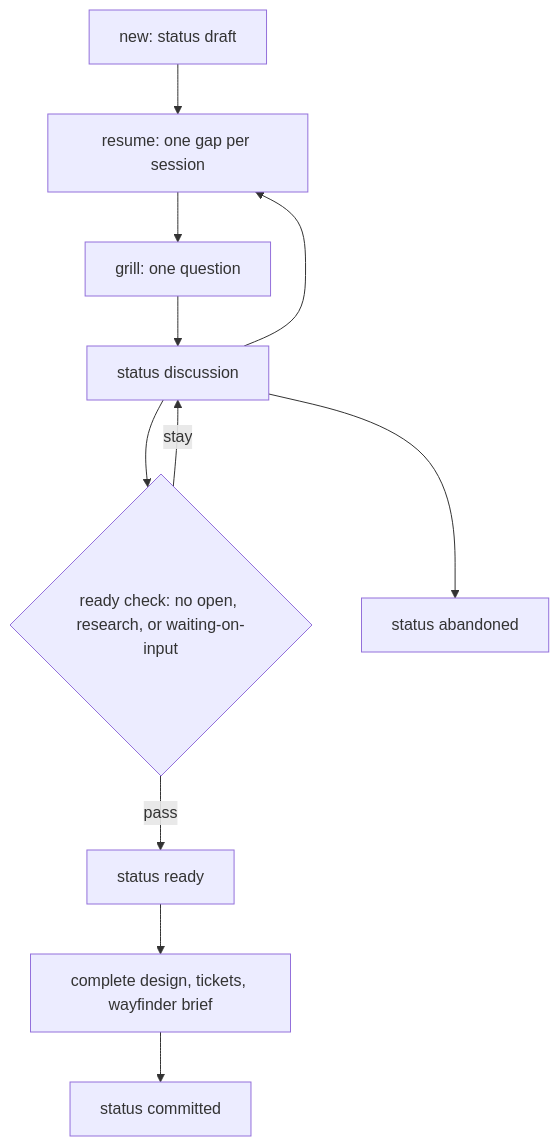
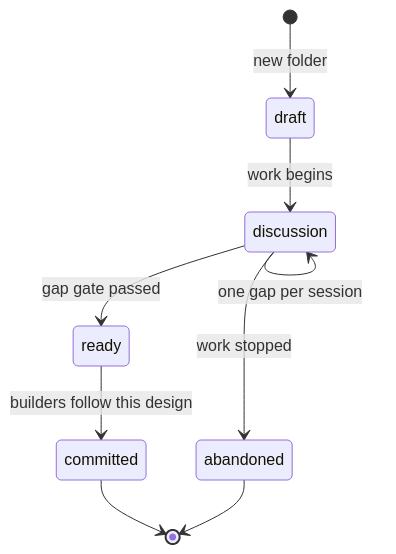
One commit to svennijhuis/agentPacks changed the fourth of 5 diagrams in docs/adr/0003-productivity-plugin-tech-design.md. Above: the diagram before and after it, drawn with Mermaid. The commit also changed other lines of this file, not shown here.

Commit message:
docs(adr): 0003 status diagrams and per-type diagram rules

````diff
--- a/docs/adr/0003-productivity-plugin-tech-design.md
+++ b/docs/adr/0003-productivity-plugin-tech-design.md
@@ -113,13 +113,11 @@
 ```mermaid
-flowchart TD
-  newCmd["new: status draft"] --> resume["resume: one gap per session"]
-  resume --> grill["grill: one question"]
-  grill --> discussion["status discussion"]
-  discussion --> resume
-  discussion --> gate{"ready check: no open, research, or waiting-on-input"}
-  gate -->|pass| ready["status ready"]
-  gate -->|stay| discussion
-  ready --> outputs["complete design, tickets, wayfinder brief"]
-  outputs --> committed["status committed"]
-  discussion --> abandoned["status abandoned"]
+stateDiagram-v2
+  [*] --> draft: new folder
+  draft --> discussion: work begins
+  discussion --> discussion: one gap per session
+  discussion --> ready: gap gate passed
+  discussion --> abandoned: work stopped
+  ready --> committed: builders follow this design
+  committed --> [*]
+  abandoned --> [*]
 ```
````
